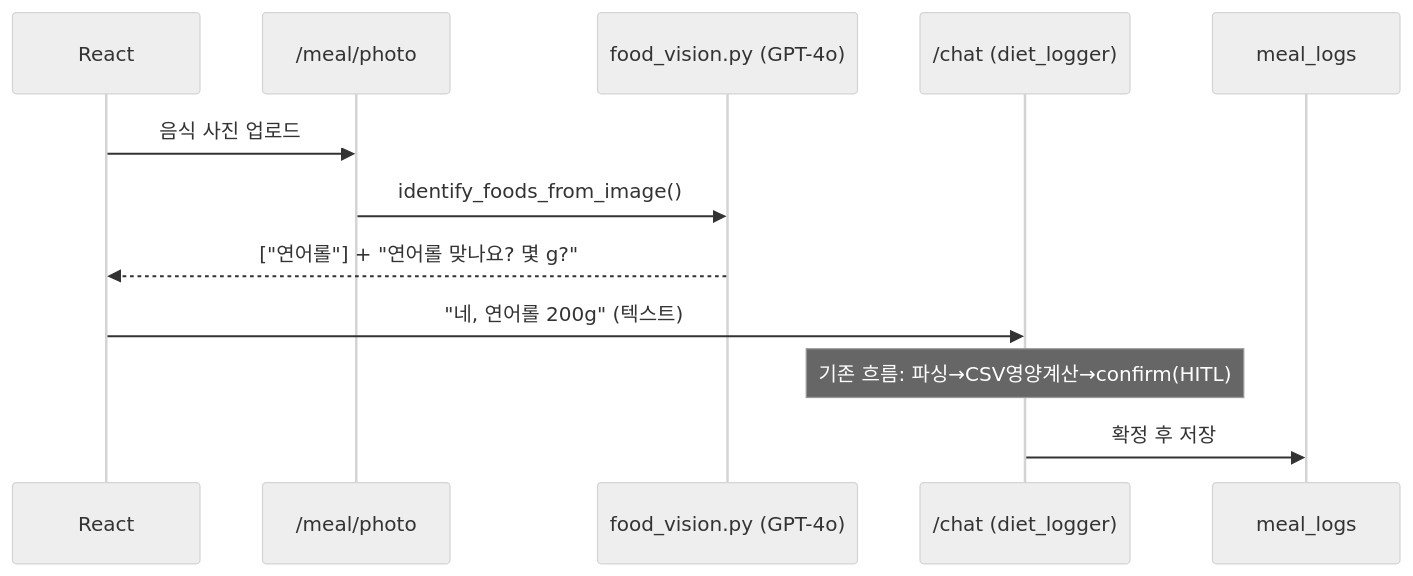
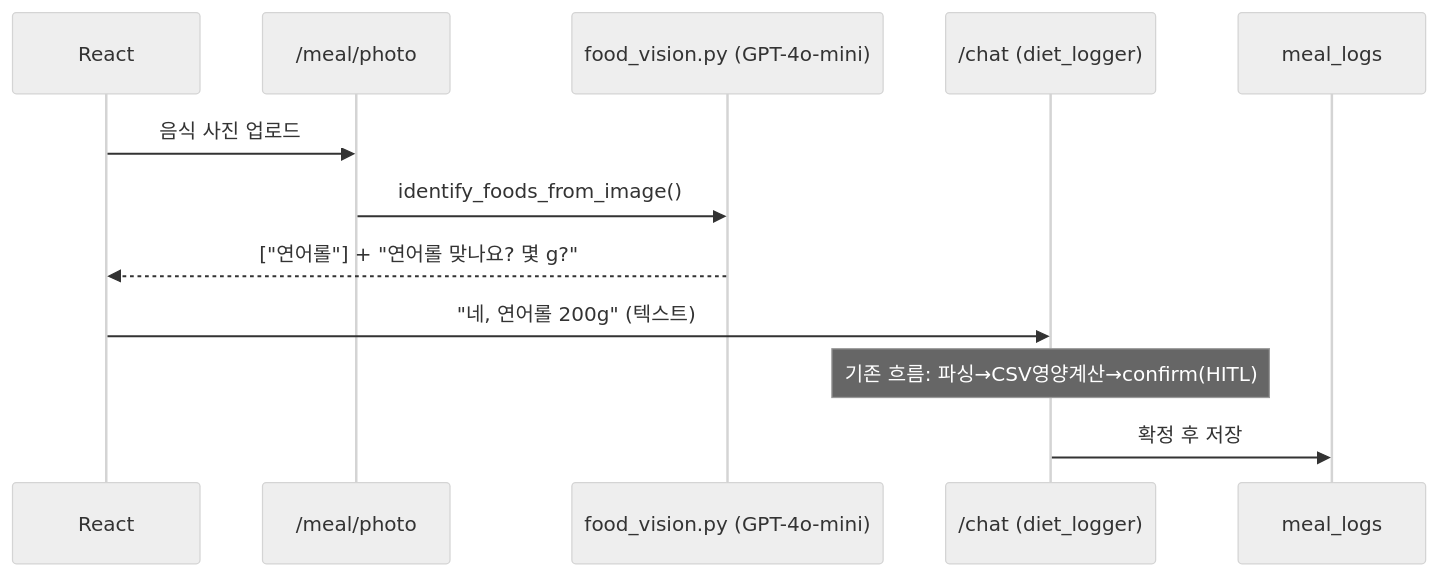
One commit to Kim-Du-Yeon/MetaDiet-AI changed the fifth of 7 diagrams in ARCHITECTURE.md. Above: the diagram before and after it, drawn with Mermaid (neutral theme). The commit also changed other lines of this file and 17 other files, not shown here.

Commit message:
Use gpt-4o-mini across app and docs

````diff
--- a/ARCHITECTURE.md
+++ b/ARCHITECTURE.md
@@ -250,15 +250,15 @@
 ```mermaid
 sequenceDiagram
     participant U as React
     participant P as /meal/photo
-    participant V as food_vision.py (GPT-4o)
+    participant V as food_vision.py (GPT-4o-mini)
     participant C as /chat (diet_logger)
     participant DB as meal_logs
 
     U->>P: 음식 사진 업로드
     P->>V: identify_foods_from_image()
     V-->>U: ["연어롤"] + "연어롤 맞나요? 몇 g?"
     U->>C: "네, 연어롤 200g" (텍스트)
     Note over C: 기존 흐름: 파싱→CSV영양계산→confirm(HITL)
     C->>DB: 확정 후 저장
 ```
````
